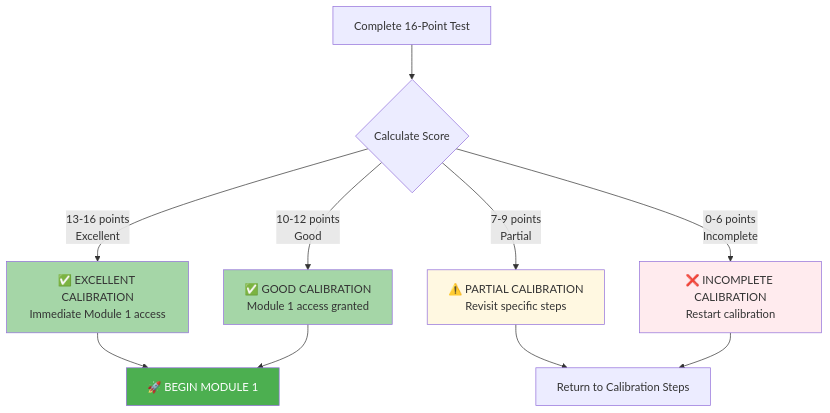
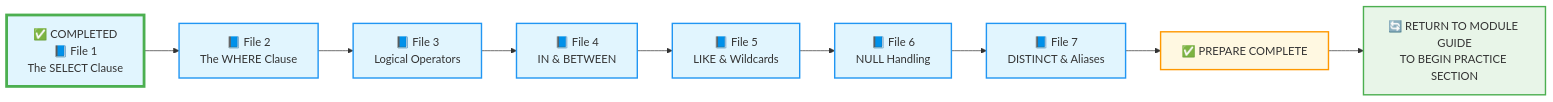
One commit to uma1999/umacourses changed the fourth of 4 diagrams in mytemp1.md. Above: the diagram before and after it, drawn with Mermaid. The commit also changed other lines of this file, not shown here.

````diff
--- a/mytemp1.md
+++ b/mytemp1.md
@@ -93,22 +593,22 @@
 ```mermaid
-flowchart TD
-    Start["Complete 16-Point Test"] --> Score{Calculate Score}
+flowchart LR
+    A["✅ COMPLETED<br/>📘 File 1<br/>The SELECT Clause"] --> B
+    B["📘 File 2<br/>The WHERE Clause"] --> C
+    C["📘 File 3<br/>Logical Operators"] --> D
+    D["📘 File 4<br/>IN & BETWEEN"] --> E
+    E["📘 File 5<br/>LIKE & Wildcards"] --> F
+    F["📘 File 6<br/>NULL Handling"] --> G
+    G["📘 File 7<br/>DISTINCT & Aliases"] --> H
+    H["✅ PREPARE COMPLETE"] --> I
+    I["🔄 RETURN TO MODULE GUIDE<br/>TO BEGIN PRACTICE SECTION"]
     
-    Score -- "13-16 points<br/>Excellent" --> Pass1["✅ EXCELLENT CALIBRATION<br/>Immediate Module 1 access"]
-    Score -- "10-12 points<br/>Good" --> Pass2["✅ GOOD CALIBRATION<br/>Module 1 access granted"]
-    Score -- "7-9 points<br/>Partial" --> Improve["⚠️ PARTIAL CALIBRATION<br/>Revisit specific steps"]
-    Score -- "0-6 points<br/>Incomplete" --> Restart["❌ INCOMPLETE CALIBRATION<br/>Restart calibration"]
-    
-    Pass1 --> Module1
-    Pass2 --> Module1
-    Improve --> Revisit["Return to Calibration Steps"]
-    Restart --> Revisit
-    
-    Module1["🚀 BEGIN MODULE 1"]
-    
-    style Pass1 fill:#a5d6a7
-    style Pass2 fill:#a5d6a7
-    style Improve fill:#fff8e1
-    style Restart fill:#ffebee
-    style Module1 fill:#4caf50,color:white
+    style A fill:#e1f5fe,stroke:#4caf50,stroke-width:4px
+    style B fill:#e1f5fe,stroke:#2196f3,stroke-width:2px
+    style C fill:#e1f5fe,stroke:#2196f3,stroke-width:2px
+    style D fill:#e1f5fe,stroke:#2196f3,stroke-width:2px
+    style E fill:#e1f5fe,stroke:#2196f3,stroke-width:2px
+    style F fill:#e1f5fe,stroke:#2196f3,stroke-width:2px
+    style G fill:#e1f5fe,stroke:#2196f3,stroke-width:2px
+    style H fill:#fff8e1,stroke:#ff9800,stroke-width:2px
+    style I fill:#e8f5e8,stroke:#4caf50,stroke-width:2px
 ```
````
